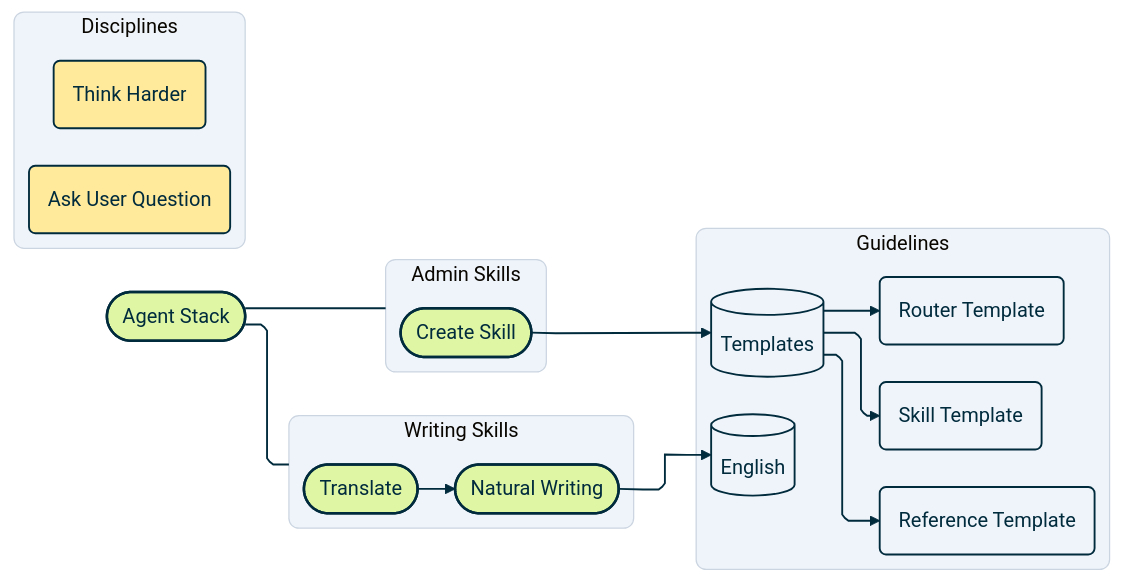
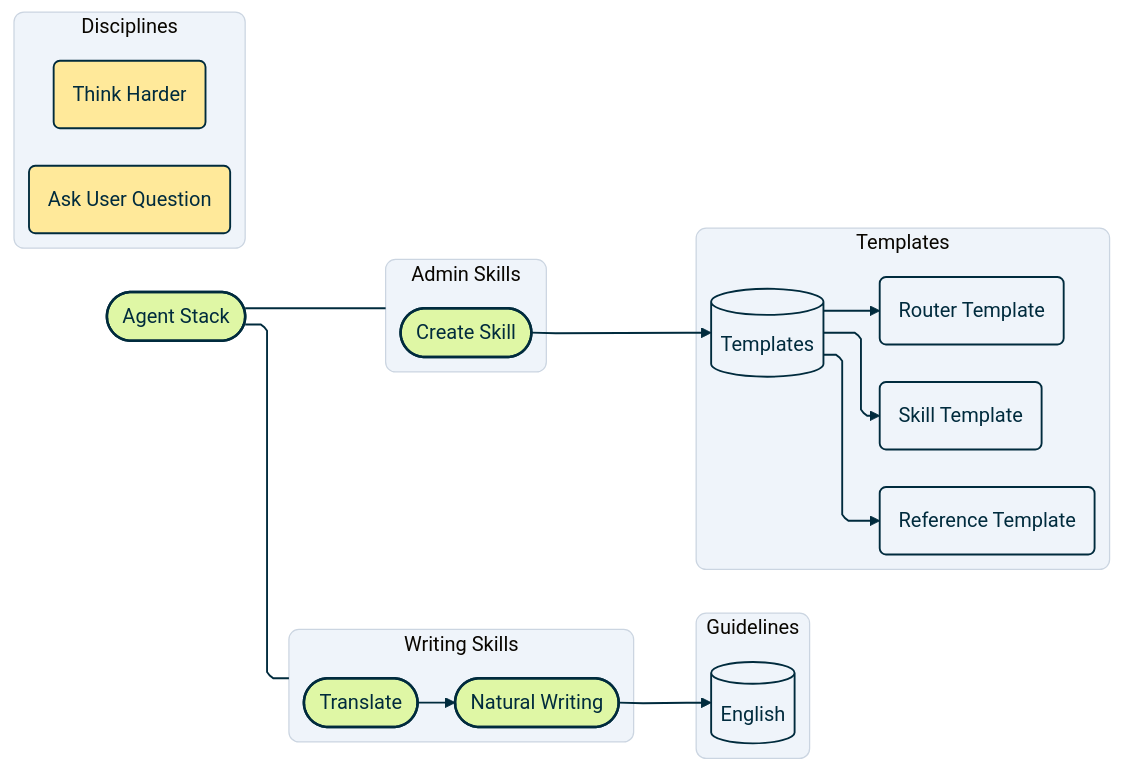
Before and after one commit to josuamittels/agent-stack: the first of 2 diagrams in guidelines/mermaid/reference.md, drawn with Mermaid. The commit also changed 2 other files, not shown here.

Commit message:
feat(update-map): add lean resource-map maintenance
Keep repository change handling and dependency rules in the discipline,
while deriving visual conventions from the map and Mermaid guidelines.
Include the resource map and align the reference example with the
separate templates section.

Preserve shared default procedures and validation-link behavior. Three
temporary maintenance scenarios passed parsing, rendering, and visual
inspection. Formal qualitative evaluation remains pending.

````diff
--- a/guidelines/mermaid/reference.md
+++ b/guidelines/mermaid/reference.md
@@ -122,67 +122,70 @@
 ```mermaid
 ---
 config:
   look: classic
   theme: base
   themeCSS: ".edgeLabel .labelBkg { background-color: transparent; }"
   layout: elk
   elk:
     considerModelOrder: NONE
     forceNodeModelOrder: false
     mergeEdges: false
     nodePlacementStrategy: NETWORK_SIMPLEX
   flowchart:
     curve: linear
   themeVariables:
     fontFamily: "Fira Code, monospace"
     background: "transparent"
     clusterBkg: "#EFF4FA"
     clusterBorder: "#CBD5E1"
     edgeLabelBackground: "transparent"
     primaryTextColor: "#002B3D"
     lineColor: "#002B3D"
 ---
 flowchart LR
     stack(["Agent Stack"])
 
     subgraph writing_skills [Writing Skills]
         translate(["Translate"])
         natural_writing(["Natural Writing"])
     end
 
     subgraph admin_skills [Admin Skills]
         create_skill(["Create Skill"])
     end
 
     subgraph disciplines [Disciplines]
         think_harder("Think Harder")
         ask_user_question("Ask User Question")
     end
 
     subgraph guidelines [Guidelines]
         english[("English")]
+    end
+
+    subgraph template_files [Templates]
         templates[("Templates")]
         skill_template("Skill Template")
         reference_template("Reference Template")
         router_template("Router Template")
     end
 
     stack --- writing_skills
     stack --- admin_skills
     translate --> natural_writing
     natural_writing --> english
     create_skill --> templates
     templates --> skill_template
     templates --> reference_template
     templates --> router_template
 
     classDef entry fill:#DFF7A5,stroke:#002B3D,color:#002B3D,stroke-width:2px
     classDef task fill:#FFE99A,stroke:#002B3D,color:#002B3D,stroke-width:1.5px
     classDef reference fill:#EFF4FA,stroke:#002B3D,color:#002B3D,stroke-width:1.5px
     classDef section rx:8px,ry:8px
     class stack,translate,natural_writing,create_skill entry
     class think_harder,ask_user_question task
     class english,templates,skill_template,reference_template,router_template reference
-    class writing_skills,admin_skills,disciplines,guidelines section
+    class writing_skills,admin_skills,disciplines,guidelines,template_files section
     linkStyle default stroke:#002B3D,stroke-width:1.5px,color:#002B3D
 ```
````
